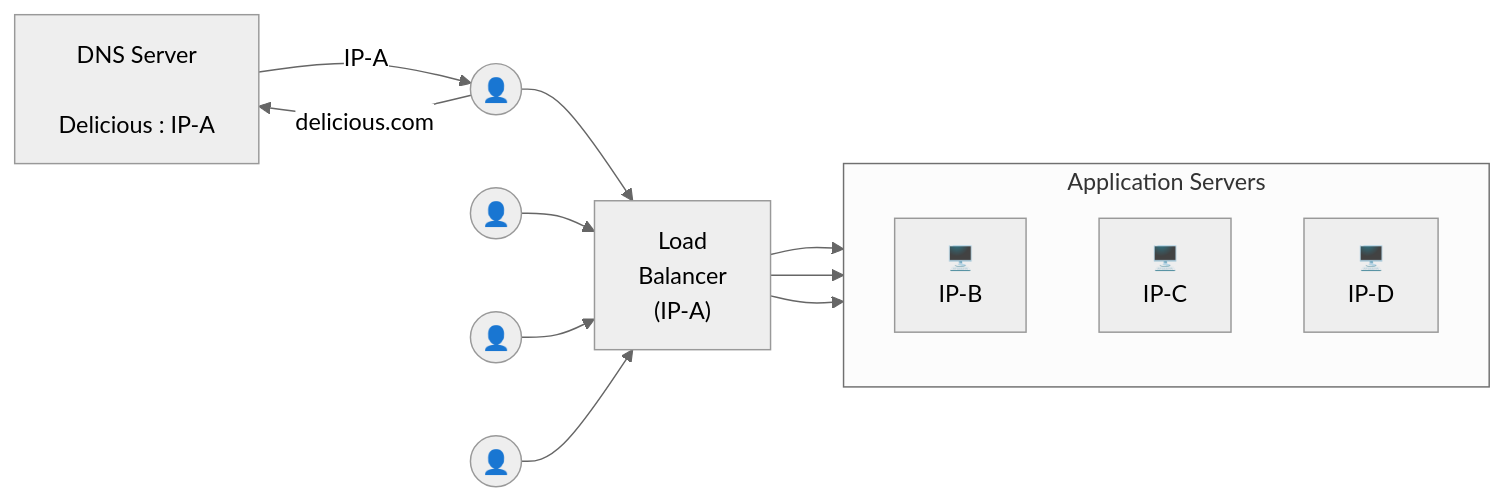
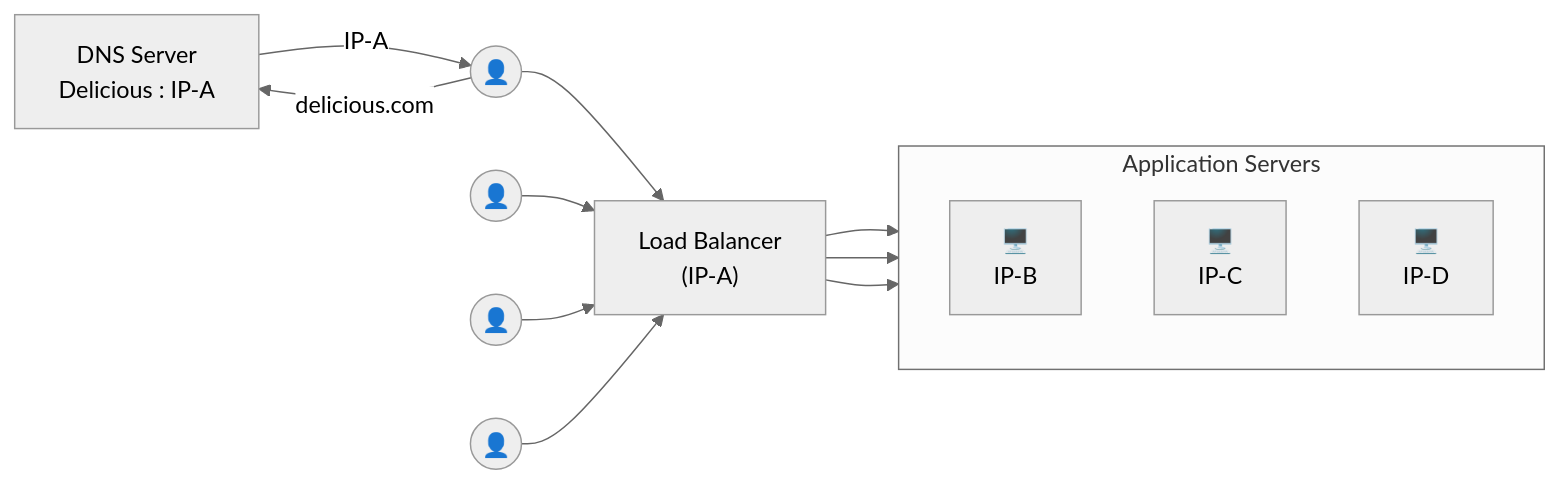
The second of 3 diagrams in System Design/09. High Level Design.md (Chitlangia-Vedant/Obsidian), drawn with Mermaid (neutral theme) before and after one commit. The commit also changed 1 other file, not shown here.

Commit message:
vault backup: 2026-09-24 05:10:48

````diff
--- a/System Design/09. High Level Design.md
+++ b/System Design/09. High Level Design.md
@@ -36,31 +36,36 @@
 ```mermaid
 flowchart LR
 
-    DNS["DNS Server<br><br>Delicious : IP-A"]
+    DNS["DNS Server
+	Delicious : IP-A"]
 
     U1(("👤"))
     U2(("👤"))
     U3(("👤"))
     U4(("👤"))
 
-    LB["Load<br>Balancer<br>(IP-A)"]
+    LB["Load Balancer
+	(IP-A)"]
 
     subgraph APP["Application Servers"]
         direction TB
-        S1["🖥️<br>IP-B"]
-        S2["🖥️<br>IP-C"]
-        S3["🖥️<br>IP-D"]
+        S1["🖥️
+		IP-B"]
+        S2["🖥️
+		IP-C"]
+        S3["🖥️
+		IP-D"]
     end
     
     U1 -->|"delicious.com"| DNS
     DNS -->|"IP-A"| U1
 	   
     U1 --> LB
     U2 --> LB
     U3 --> LB
     U4 --> LB
 
     LB --> S1
     LB --> S2
     LB --> S3
 ```
````
